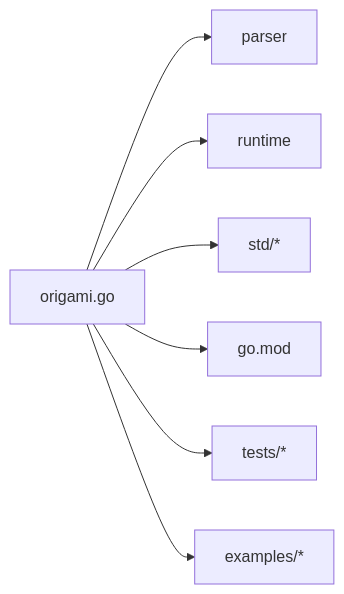
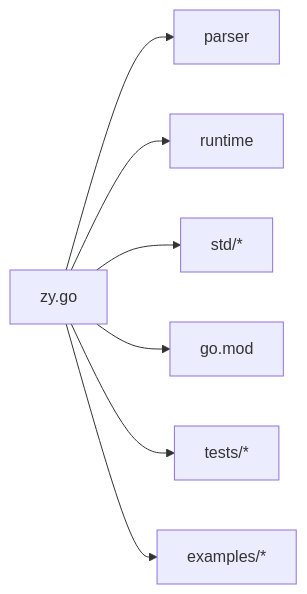
Before and after one commit to php-any/origami: the third of 3 diagrams in .qoder/repowiki/zh/content/快速开始.md, drawn with Mermaid. The commit also changed other lines of this file and 21 other files, not shown here.

````diff
--- a/.qoder/repowiki/zh/content/快速开始.md
+++ b/.qoder/repowiki/zh/content/快速开始.md
@@ -172,9 +172,9 @@
 ```mermaid
 graph LR
-O["origami.go"] --> P["parser"]
+O["zy.go"] --> P["parser"]
 O --> R["runtime"]
 O --> S["std/*"]
 O --> M["go.mod"]
 O --> T["tests/*"]
 O --> E["examples/*"]
 ```
````
